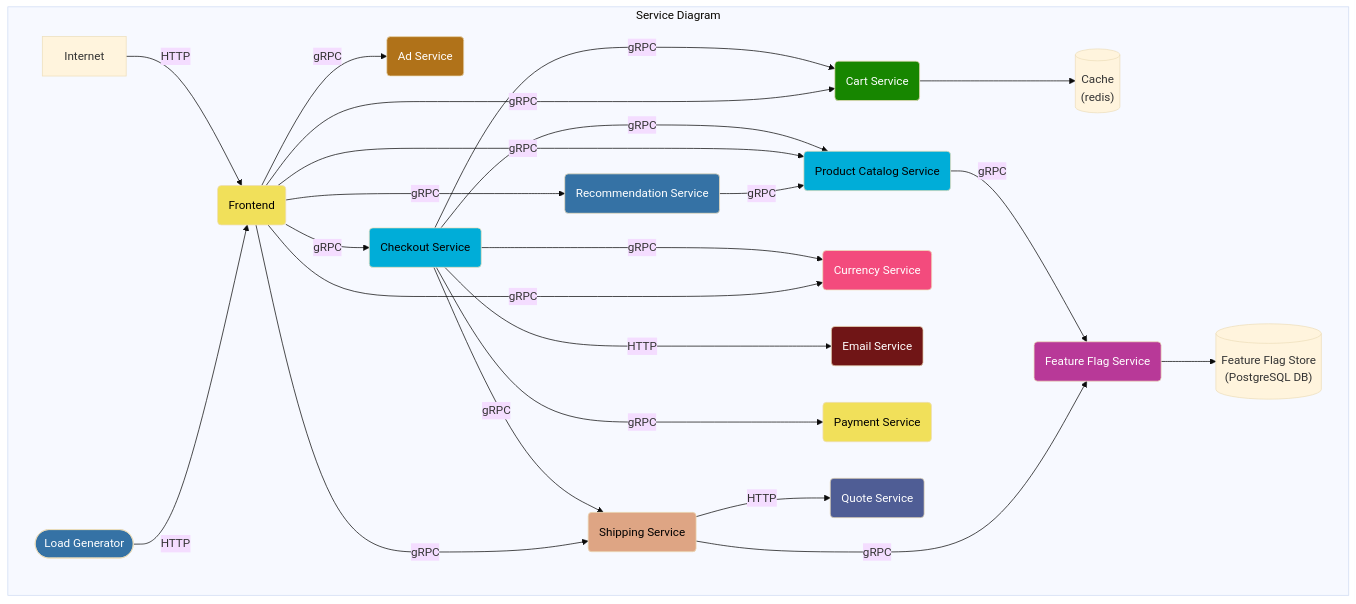
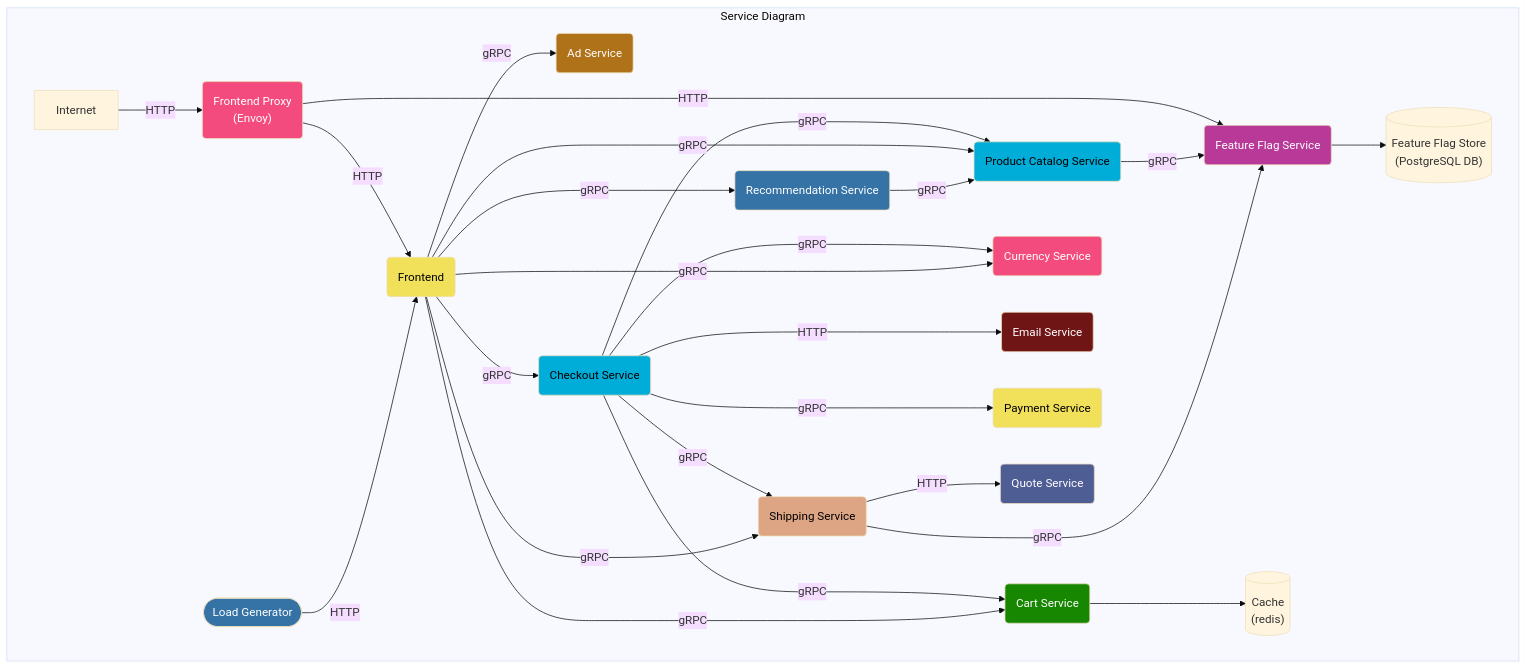
One commit to mohamed3637/opentelemetry-demo changed the first of 2 diagrams in docs/current_architecture.md. Above: the diagram before and after it, drawn with Mermaid (base theme). The commit also changed 15 other files, not shown here.

First line of the commit message:
[frontend] [ops golf?] Pass collector URL to frontend via reverse proxy. (#508)

````diff
--- a/docs/current_architecture.md
+++ b/docs/current_architecture.md
@@ -7,56 +7,59 @@
 ```mermaid
 graph TD
 
 subgraph Service Diagram
 adservice(Ad Service):::java
 cache[(Cache<br/>&#40redis&#41)]
 cartservice(Cart Service):::dotnet
 checkoutservice(Checkout Service):::golang
 currencyservice(Currency Service):::cpp
 emailservice(Email Service):::ruby
 frontend(Frontend):::javascript
+frontendproxy(Frontend Proxy <br/>&#40Envoy&#41):::cpp
 loadgenerator([Load Generator]):::python
 paymentservice(Payment Service):::javascript
 productcatalogservice(Product Catalog Service):::golang
 quoteservice(Quote Service):::php
 recommendationservice(Recommendation Service):::python
 shippingservice(Shipping Service):::rust
 featureflagservice(Feature Flag Service):::erlang
 featureflagstore[(Feature Flag Store<br/>&#40PostgreSQL DB&#41)]
 
-Internet -->|HTTP| frontend
+Internet -->|HTTP| frontendproxy
+frontendproxy -->|HTTP| frontend
+frontendproxy -->|HTTP| featureflagservice
 loadgenerator -->|HTTP| frontend
 
 checkoutservice --->|gRPC| cartservice --> cache
 checkoutservice --->|gRPC| productcatalogservice
 checkoutservice --->|gRPC| currencyservice
 checkoutservice --->|HTTP| emailservice
 checkoutservice --->|gRPC| paymentservice
 checkoutservice -->|gRPC| shippingservice
 
 frontend -->|gRPC| adservice
 frontend -->|gRPC| cartservice
 frontend -->|gRPC| productcatalogservice
 frontend -->|gRPC| checkoutservice
 frontend -->|gRPC| currencyservice
 frontend -->|gRPC| recommendationservice -->|gRPC| productcatalogservice
 frontend -->|gRPC| shippingservice -->|HTTP| quoteservice
 
 productcatalogservice -->|gRPC| featureflagservice
 
 shippingservice -->|gRPC| featureflagservice
 
 featureflagservice --> featureflagstore
 
 end
 classDef java fill:#b07219,color:white;
 classDef dotnet fill:#178600,color:white;
 classDef golang fill:#00add8,color:black;
 classDef cpp fill:#f34b7d,color:white;
 classDef ruby fill:#701516,color:white;
 classDef python fill:#3572A5,color:white;
 classDef javascript fill:#f1e05a,color:black;
 classDef rust fill:#dea584,color:black;
 classDef erlang fill:#b83998,color:white;
 classDef php fill:#4f5d95,color:white;
 ```
````
